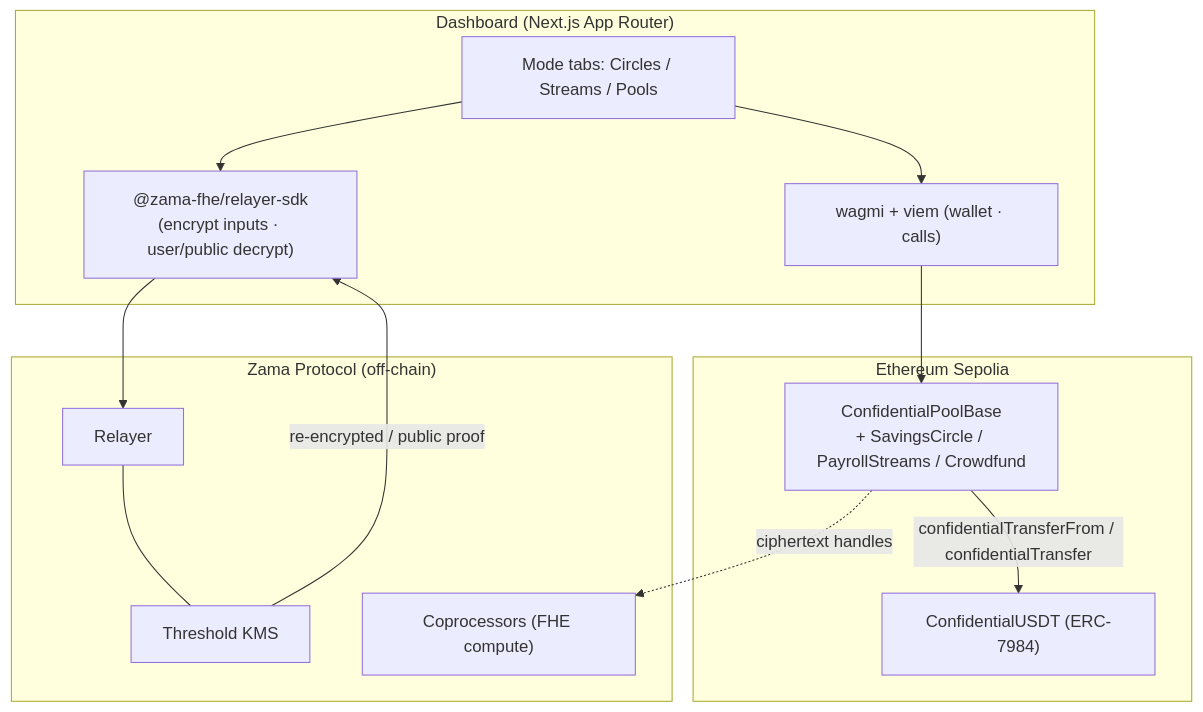
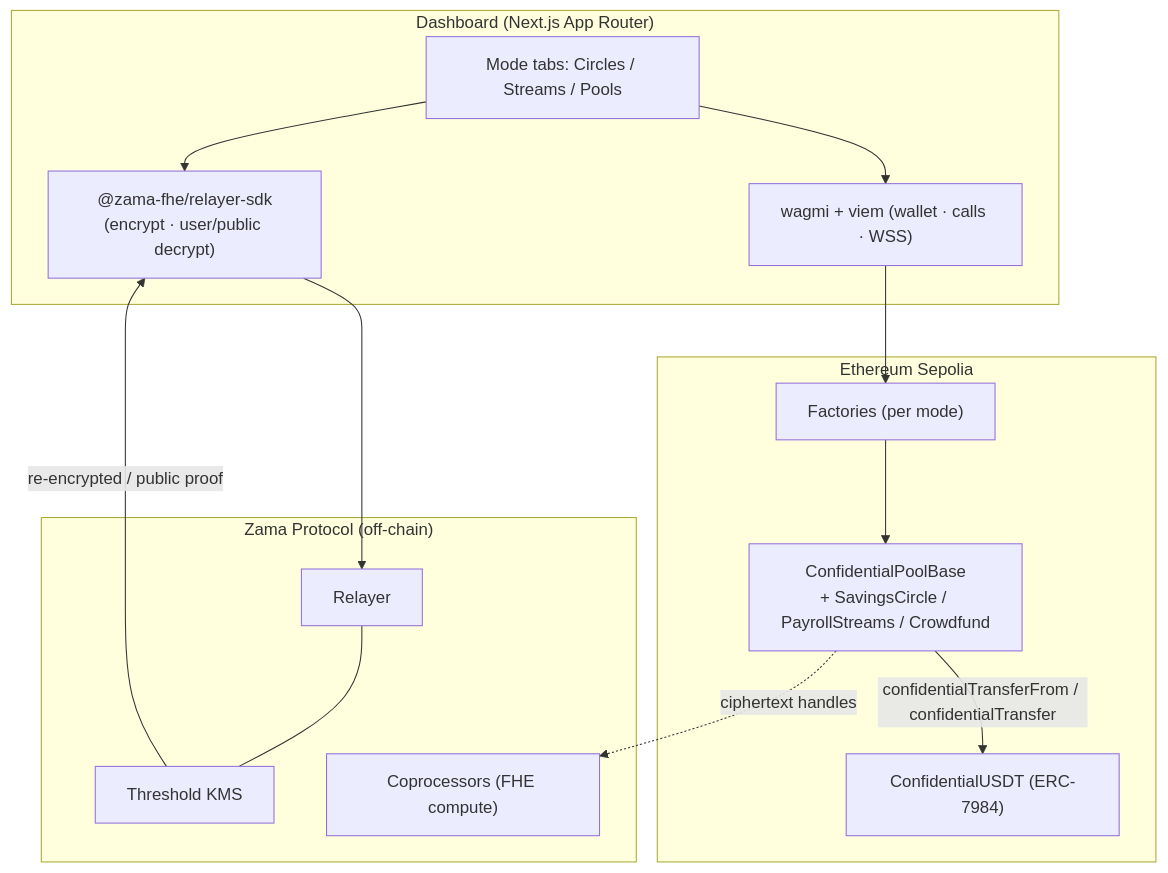
Before and after one commit to unnamed-lab/cowrie: the diagram in README.md, drawn with Mermaid. The commit also changed other lines of this file and 4 other files, not shown here.

````diff
--- a/README.md
+++ b/README.md
@@ -34,21 +64,22 @@
 ```mermaid
 flowchart TB
     subgraph Client["Dashboard (Next.js App Router)"]
         UI["Mode tabs: Circles / Streams / Pools"]
-        SDK["@zama-fhe/relayer-sdk\n(encrypt inputs · user/public decrypt)"]
-        WAGMI["wagmi + viem (wallet · calls)"]
+        SDK["@zama-fhe/relayer-sdk\n(encrypt · user/public decrypt)"]
+        WAGMI["wagmi + viem (wallet · calls · WSS)"]
     end
     subgraph Host["Ethereum Sepolia"]
+        FAC["Factories (per mode)"]
         BASE["ConfidentialPoolBase\n+ SavingsCircle / PayrollStreams / Crowdfund"]
         TOKEN["ConfidentialUSDT (ERC-7984)"]
     end
     subgraph Zama["Zama Protocol (off-chain)"]
         RELAYER["Relayer"] --- KMS["Threshold KMS"]
         COPRO["Coprocessors (FHE compute)"]
     end
     UI --> SDK --> RELAYER
-    UI --> WAGMI --> BASE
+    UI --> WAGMI --> FAC --> BASE
     BASE -->|confidentialTransferFrom / confidentialTransfer| TOKEN
     BASE -. ciphertext handles .-> COPRO
     KMS -->|re-encrypted / public proof| SDK
 ```
````
